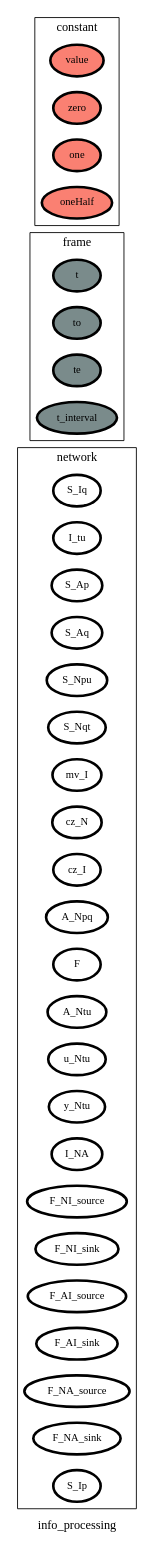
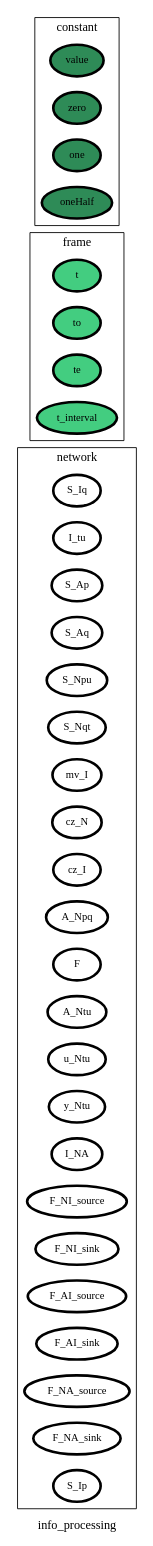
Before and after one commit to heinz-preisig/processes_000_HAP: the diagram in ontology_graphs/graph__info_processing.dot, drawn with Graphviz. The commit also changed 33 other files, not shown here.

```diff
--- a/ontology_graphs/graph__info_processing.dot
+++ b/ontology_graphs/graph__info_processing.dot
@@ -1,54 +1,54 @@
 digraph info_processing {
 label=info_processing;
 rankdir=LR;
 subgraph cluster_info_processing___network {
 label=network;
 rankdir=LR;
 V_10 [fillcolor=white, fontsize=12, label=S_Iq, penwidth=3, style=filled];
 V_11 [fillcolor=white, fontsize=12, label=I_tu, penwidth=3, style=filled];
 V_12 [fillcolor=white, fontsize=12, label=S_Ap, penwidth=3, style=filled];
 V_13 [fillcolor=white, fontsize=12, label=S_Aq, penwidth=3, style=filled];
 V_14 [fillcolor=white, fontsize=12, label=S_Npu, penwidth=3, style=filled];
 V_15 [fillcolor=white, fontsize=12, label=S_Nqt, penwidth=3, style=filled];
 V_16 [fillcolor=white, fontsize=12, label=mv_I, penwidth=3, style=filled];
 V_17 [fillcolor=white, fontsize=12, label=cz_N, penwidth=3, style=filled];
 V_18 [fillcolor=white, fontsize=12, label=cz_I, penwidth=3, style=filled];
 V_19 [fillcolor=white, fontsize=12, label=A_Npq, penwidth=3, style=filled];
 V_2 [fillcolor=white, fontsize=12, label=F, penwidth=3, style=filled];
 V_20 [fillcolor=white, fontsize=12, label=A_Ntu, penwidth=3, style=filled];
 V_21 [fillcolor=white, fontsize=12, label=u_Ntu, penwidth=3, style=filled];
 V_22 [fillcolor=white, fontsize=12, label=y_Ntu, penwidth=3, style=filled];
 V_27 [fillcolor=white, fontsize=12, label=I_NA, penwidth=3, style=filled];
 V_3 [fillcolor=white, fontsize=12, label=F_NI_source, penwidth=3, style=filled];
 V_4 [fillcolor=white, fontsize=12, label=F_NI_sink, penwidth=3, style=filled];
 V_5 [fillcolor=white, fontsize=12, label=F_AI_source, penwidth=3, style=filled];
 V_6 [fillcolor=white, fontsize=12, label=F_AI_sink, penwidth=3, style=filled];
 V_7 [fillcolor=white, fontsize=12, label=F_NA_source, penwidth=3, style=filled];
 V_8 [fillcolor=white, fontsize=12, label=F_NA_sink, penwidth=3, style=filled];
 V_9 [fillcolor=white, fontsize=12, label=S_Ip, penwidth=3, style=filled];
 }
 
 subgraph cluster_info_processing___frame {
 label=frame;
 rankdir=LR;
-V_1 [fillcolor=lightcyan4, fontsize=12, label=t, penwidth=3, style=filled];
-V_105 [fillcolor=lightcyan4, fontsize=12, label=to, penwidth=3, style=filled];
-V_106 [fillcolor=lightcyan4, fontsize=12, label=te, penwidth=3, style=filled];
-V_107 [fillcolor=lightcyan4, fontsize=12, label=t_interval, penwidth=3, style=filled];
+V_1 [fillcolor=seagreen3, fontsize=12, label=t, penwidth=3, style=filled];
+V_105 [fillcolor=seagreen3, fontsize=12, label=to, penwidth=3, style=filled];
+V_106 [fillcolor=seagreen3, fontsize=12, label=te, penwidth=3, style=filled];
+V_107 [fillcolor=seagreen3, fontsize=12, label=t_interval, penwidth=3, style=filled];
 }
 
 subgraph cluster_info_processing___state {
 label=state;
 rankdir=LR;
 }
 
 subgraph cluster_info_processing___constant {
 label=constant;
 rankdir=LR;
-V_101 [fillcolor=salmon, fontsize=12, label=value, penwidth=3, style=filled];
-V_102 [fillcolor=salmon, fontsize=12, label=zero, penwidth=3, style=filled];
-V_103 [fillcolor=salmon, fontsize=12, label=one, penwidth=3, style=filled];
-V_104 [fillcolor=salmon, fontsize=12, label=oneHalf, penwidth=3, style=filled];
+V_101 [fillcolor=seagreen, fontsize=12, label=value, penwidth=3, style=filled];
+V_102 [fillcolor=seagreen, fontsize=12, label=zero, penwidth=3, style=filled];
+V_103 [fillcolor=seagreen, fontsize=12, label=one, penwidth=3, style=filled];
+V_104 [fillcolor=seagreen, fontsize=12, label=oneHalf, penwidth=3, style=filled];
 }
 
 }
```
